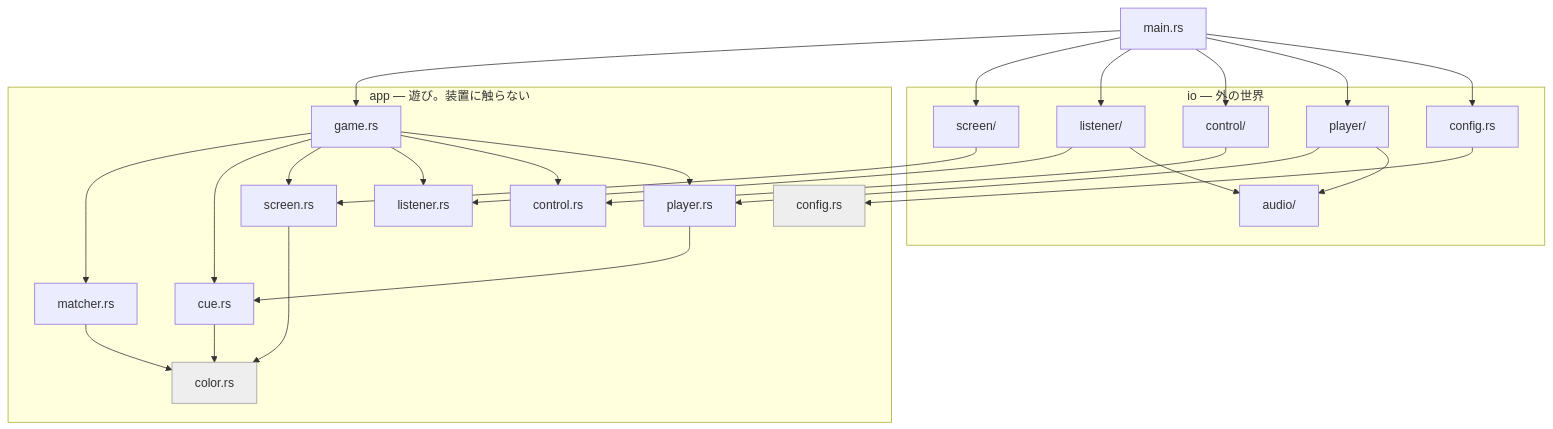
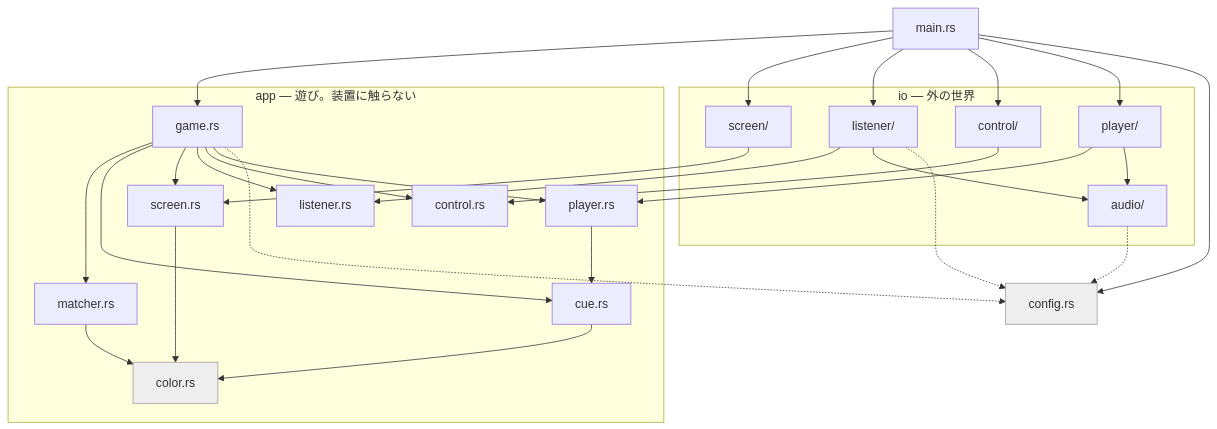
Before and after one commit to mpyw/donna-iro: the diagram in README.md, drawn with Mermaid. The commit also changed other lines of this file and 9 other files, not shown here.

````diff
--- a/README.md
+++ b/README.md
@@ -196,55 +207,58 @@
 ```mermaid
 flowchart TD
     main["main.rs"]
 
     subgraph app["app — 遊び。装置に触らない"]
         game["game.rs"]
         matcher["matcher.rs"]
         cue["cue.rs"]
         color["color.rs"]
-        config["config.rs"]
         screen["screen.rs"]
         listener["listener.rs"]
         control["control.rs"]
         player["player.rs"]
     end
 
     subgraph io["io — 外の世界"]
         ioscreen["screen/"]
         iolistener["listener/"]
         iocontrol["control/"]
         ioplayer["player/"]
         audio["audio/"]
-        ioconfig["config.rs"]
     end
+
+    config["config.rs"]
 
     main --> game
     main --> ioscreen
     main --> iolistener
     main --> iocontrol
     main --> ioplayer
-    main --> ioconfig
+    main --> config
 
     game --> matcher
     game --> cue
     game --> screen
     game --> listener
     game --> control
     game --> player
 
     matcher --> color
     cue --> color
     screen --> color
     player --> cue
 
     ioscreen --> screen
     iolistener --> listener
     iocontrol --> control
     ioplayer --> player
-    ioconfig --> config
     iolistener --> audio
     ioplayer --> audio
+
+    game -.-> config
+    audio -.-> config
+    iolistener -.-> config
 
     classDef base fill:#eee,stroke:#999,color:#333;
     class color,config base;
 ```
````
